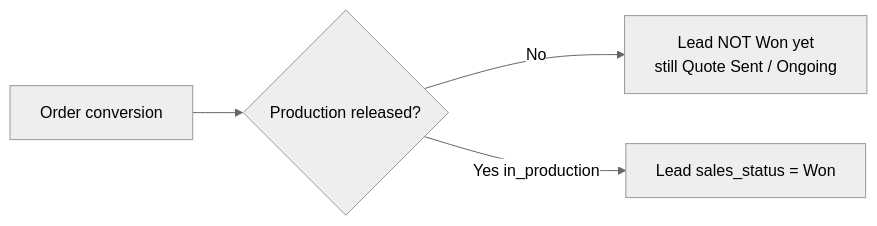
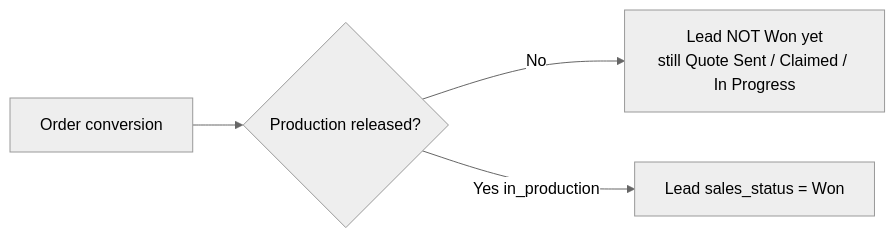
Before and after one commit to haykzohrabyan-nova/hayk-crm-preview: the third of 4 diagrams in docs/order-ticket/lifecycle-flow.md, drawn with Mermaid (neutral theme). The commit also changed 29 other files, not shown here.

````diff
--- a/docs/order-ticket/lifecycle-flow.md
+++ b/docs/order-ticket/lifecycle-flow.md
@@ -192,6 +192,6 @@
 ```mermaid
 flowchart LR
   A[Order conversion] --> B{Production released?}
-  B -->|No| C["Lead NOT Won yet<br/>still Quote Sent / Ongoing"]
+  B -->|No| C["Lead NOT Won yet<br/>still Quote Sent / Claimed / In Progress"]
   B -->|Yes in_production| D["Lead sales_status = Won"]
 ```
````
